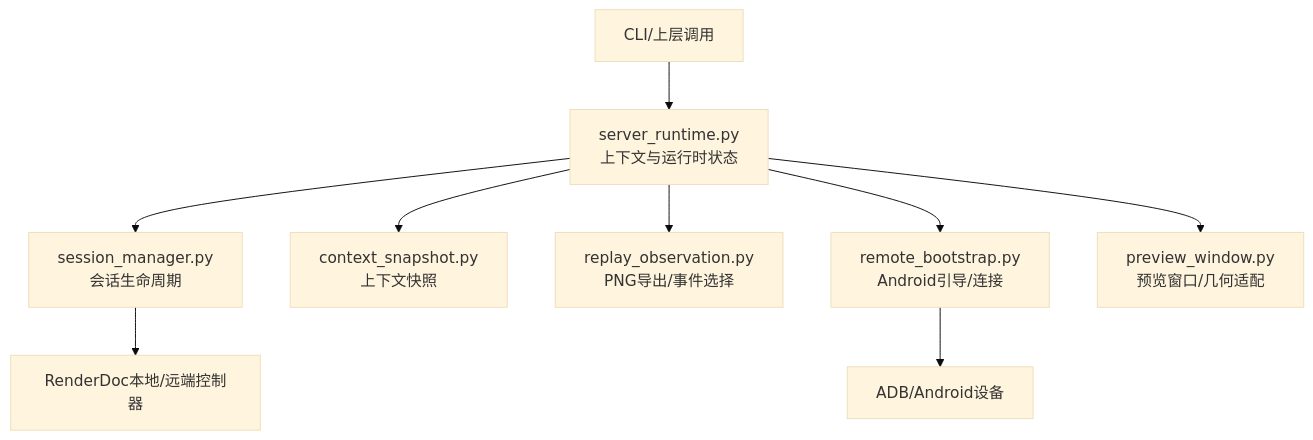
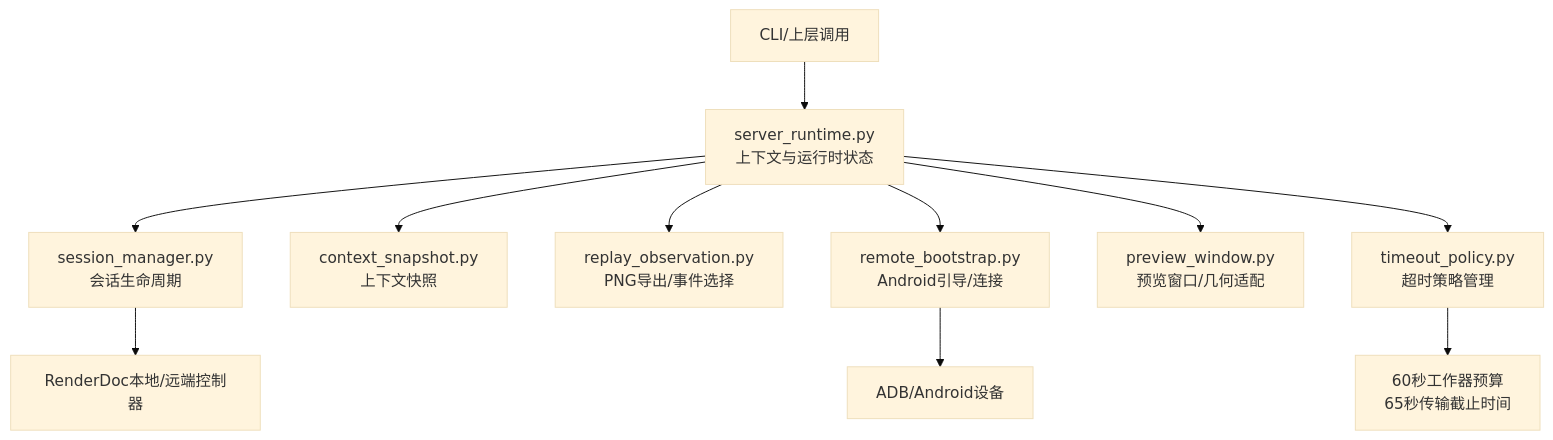
The first of 10 diagrams in .qoder/repowiki/zh/content/核心概念/会话模型.md (haolange/RDC-Tool), drawn with Mermaid (base theme) before and after one commit. The commit also changed other lines of this file and 56 other files, not shown here.

````diff
--- a/.qoder/repowiki/zh/content/核心概念/会话模型.md
+++ b/.qoder/repowiki/zh/content/核心概念/会话模型.md
@@ -51,11 +65,13 @@
 ```mermaid
 graph TB
 A["CLI/上层调用"] --> B["server_runtime.py<br/>上下文与运行时状态"]
 B --> C["session_manager.py<br/>会话生命周期"]
 B --> D["context_snapshot.py<br/>上下文快照"]
 B --> E["replay_observation.py<br/>PNG导出/事件选择"]
 B --> F["remote_bootstrap.py<br/>Android引导/连接"]
 B --> G["preview_window.py<br/>预览窗口/几何适配"]
-C --> H["RenderDoc本地/远端控制器"]
-F --> I["ADB/Android设备"]
+B --> H["timeout_policy.py<br/>超时策略管理"]
+C --> I["RenderDoc本地/远端控制器"]
+F --> J["ADB/Android设备"]
+H --> K["60秒工作器预算<br/>65秒传输截止时间"]
 ```
````
